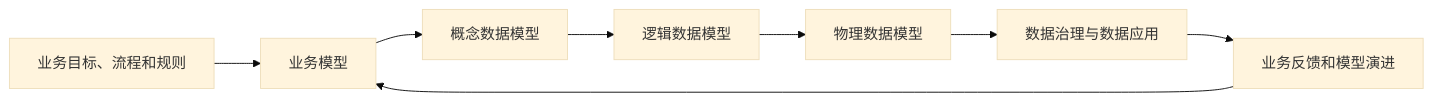
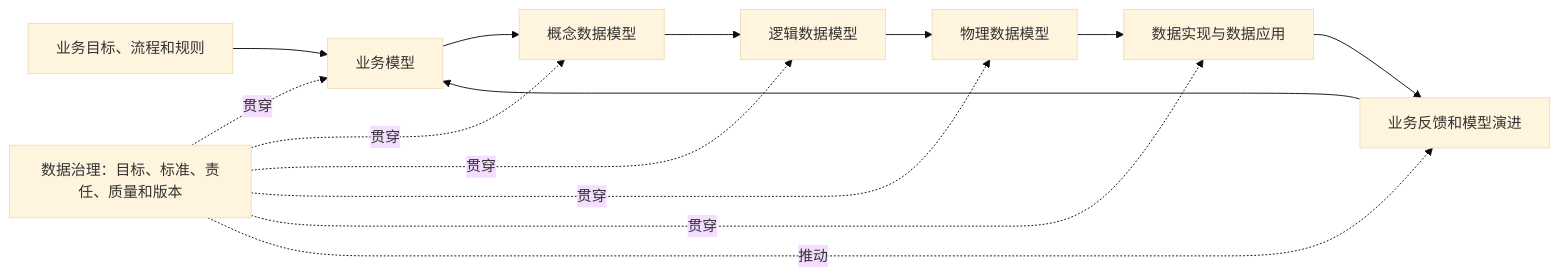
Before and after one commit to pampa0629/addp: the diagram in docs/books/数据治理100问/02-概念辨析篇/013-业务建模行业数据模型与数据治理.md, drawn with Mermaid (base theme). The commit also changed other lines of this file and 357 other files, not shown here.

````diff
--- a/docs/books/数据治理100问/02-概念辨析篇/013-业务建模行业数据模型与数据治理.md
+++ b/docs/books/数据治理100问/02-概念辨析篇/013-业务建模行业数据模型与数据治理.md
@@ -44,10 +44,16 @@
 ```mermaid
 flowchart LR
     A["业务目标、流程和规则"] --> B["业务模型"]
     B --> C["概念数据模型"]
     C --> D["逻辑数据模型"]
     D --> E["物理数据模型"]
-    E --> F["数据治理与数据应用"]
-    F --> G["业务反馈和模型演进"]
-    G --> B
+    E --> F["数据实现与数据应用"]
+    F --> H["业务反馈和模型演进"]
+    H --> B
+    G["数据治理：目标、标准、责任、质量和版本"] -. 贯穿 .-> B
+    G -. 贯穿 .-> C
+    G -. 贯穿 .-> D
+    G -. 贯穿 .-> E
+    G -. 贯穿 .-> F
+    G -. 推动 .-> H
 ```
````
